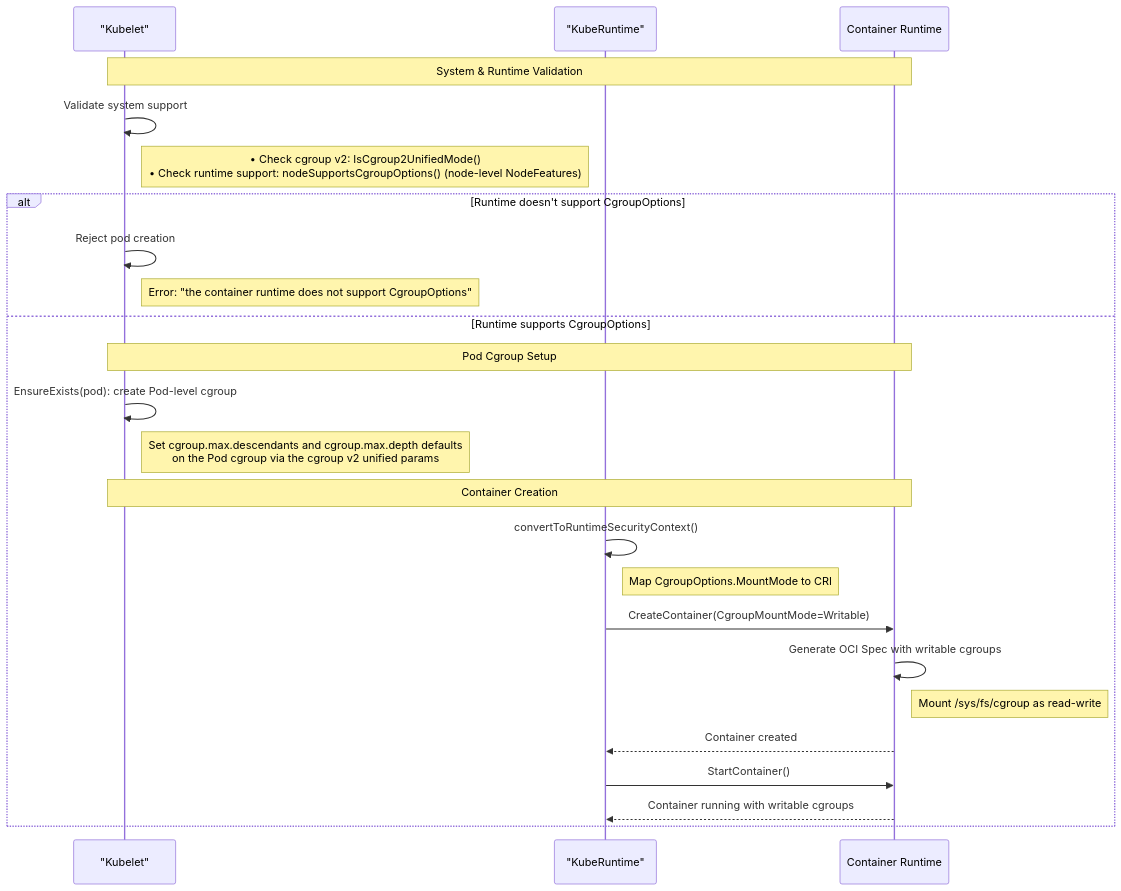
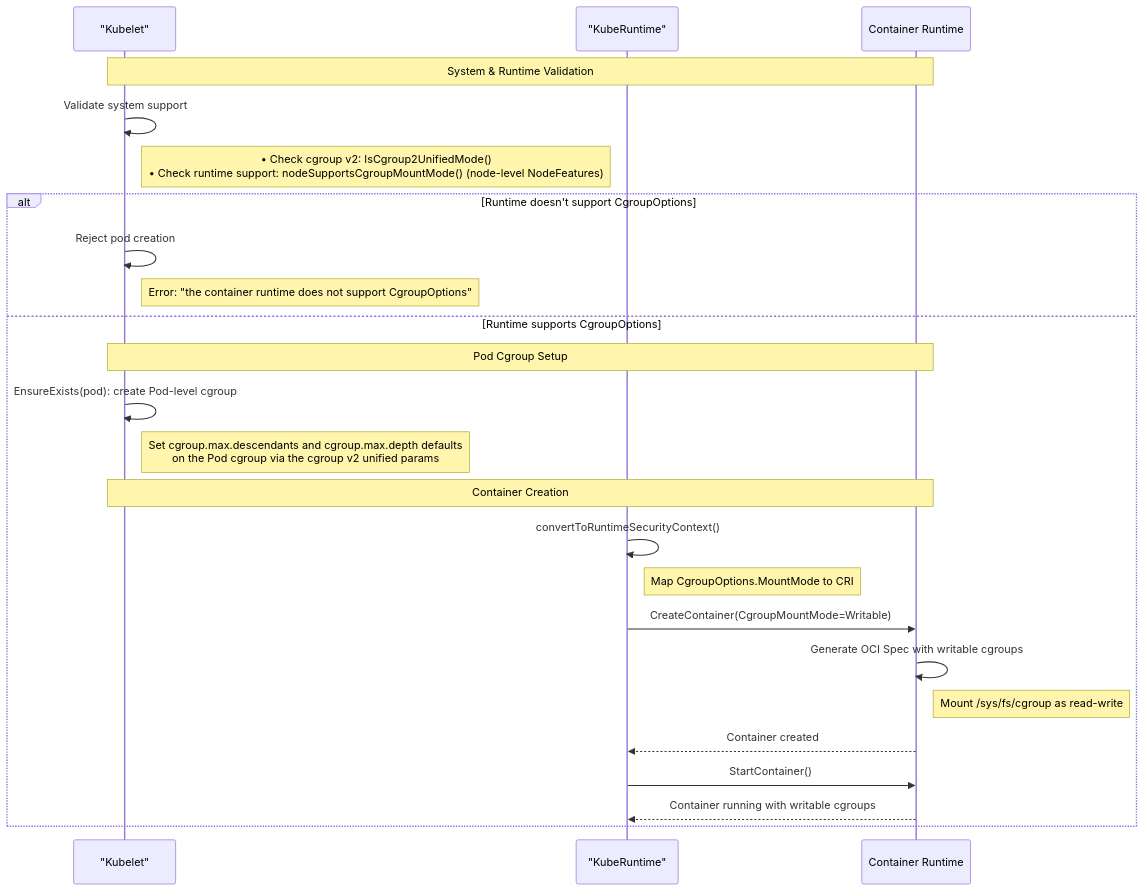
The diagram in keps/sig-node/5474-enable-writable-cgroups/README.md (kubernetes/enhancements), drawn with Mermaid before and after one commit. The commit also changed other lines of this file, not shown here.

First line of the commit message:
KEP-5474: Revise CRI cgroup mount mode API

````diff
--- a/keps/sig-node/5474-enable-writable-cgroups/README.md
+++ b/keps/sig-node/5474-enable-writable-cgroups/README.md
@@ -273,37 +296,37 @@
 ```mermaid
 sequenceDiagram
     participant Kubelet as "Kubelet"
     participant KubeRuntime as "KubeRuntime"
     participant Container Runtime
 
     Note over Kubelet,Container Runtime: System & Runtime Validation
 
     Kubelet->>Kubelet: Validate system support
-    Note right of Kubelet: • Check cgroup v2: IsCgroup2UnifiedMode()<br/>• Check runtime support: nodeSupportsCgroupOptions() (node-level NodeFeatures)
+    Note right of Kubelet: • Check cgroup v2: IsCgroup2UnifiedMode()<br/>• Check runtime support: nodeSupportsCgroupMountMode() (node-level NodeFeatures)
 
     alt Runtime doesn't support CgroupOptions
         Kubelet->>Kubelet: Reject pod creation
         Note right of Kubelet: Error: "the container runtime does not support CgroupOptions"
     else Runtime supports CgroupOptions
 
         Note over Kubelet,Container Runtime: Pod Cgroup Setup
 
         Kubelet->>Kubelet: EnsureExists(pod): create Pod-level cgroup
         Note right of Kubelet: Set cgroup.max.descendants and cgroup.max.depth defaults<br/>on the Pod cgroup via the cgroup v2 unified params
 
         Note over Kubelet,Container Runtime: Container Creation
         
         KubeRuntime->>KubeRuntime: convertToRuntimeSecurityContext()
         Note right of KubeRuntime: Map CgroupOptions.MountMode to CRI
 
         KubeRuntime->>Container Runtime: CreateContainer(CgroupMountMode=Writable)
         
         Container Runtime->>Container Runtime: Generate OCI Spec with writable cgroups
         Note right of Container Runtime: Mount /sys/fs/cgroup as read-write
 
         Container Runtime-->>KubeRuntime: Container created
         
         KubeRuntime->>Container Runtime: StartContainer()
         Container Runtime-->>KubeRuntime: Container running with writable cgroups
     end
 ```
````
